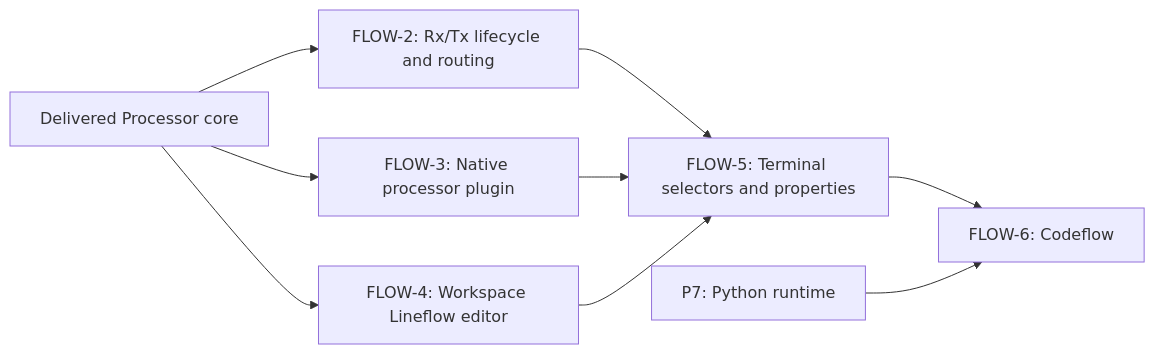
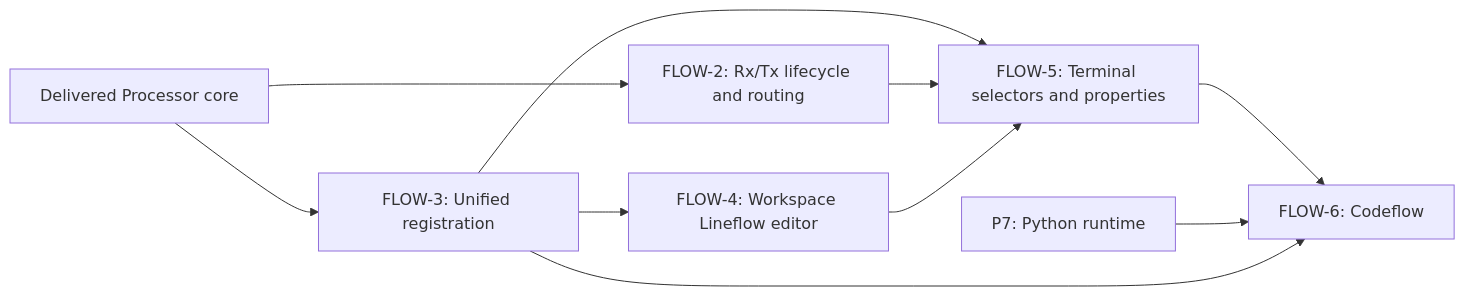
One commit to Octaviarius/TermMaster changed the third of 3 diagrams in docs/processing-core.md. Above: the diagram before and after it, drawn with Mermaid. The commit also changed other lines of this file and 1 other file, not shown here.

Commit message:
docs: define unified processor catalog publication

````diff
--- a/docs/processing-core.md
+++ b/docs/processing-core.md
@@ -226,11 +251,12 @@
 ```mermaid
 flowchart LR
-    Core[Delivered Processor core] --> Routing[FLOW-2: Rx/Tx lifecycle and routing]
-    Core --> Native[FLOW-3: Native processor plugin]
-    Core --> Editor[FLOW-4: Workspace Lineflow editor]
-    Routing --> Binding[FLOW-5: Terminal selectors and properties]
-    Native --> Binding
+    Core[Delivered Processor core] --> Catalog[FLOW-3: Unified registration]
+    Core --> Routing[FLOW-2: Rx/Tx lifecycle and routing]
+    Catalog --> Editor[FLOW-4: Workspace Lineflow editor]
+    Catalog --> Binding[FLOW-5: Terminal selectors and properties]
+    Routing --> Binding
     Editor --> Binding
     Binding --> Codeflow[FLOW-6: Codeflow]
     Python[P7: Python runtime] --> Codeflow
+    Catalog --> Codeflow
 ```
````
